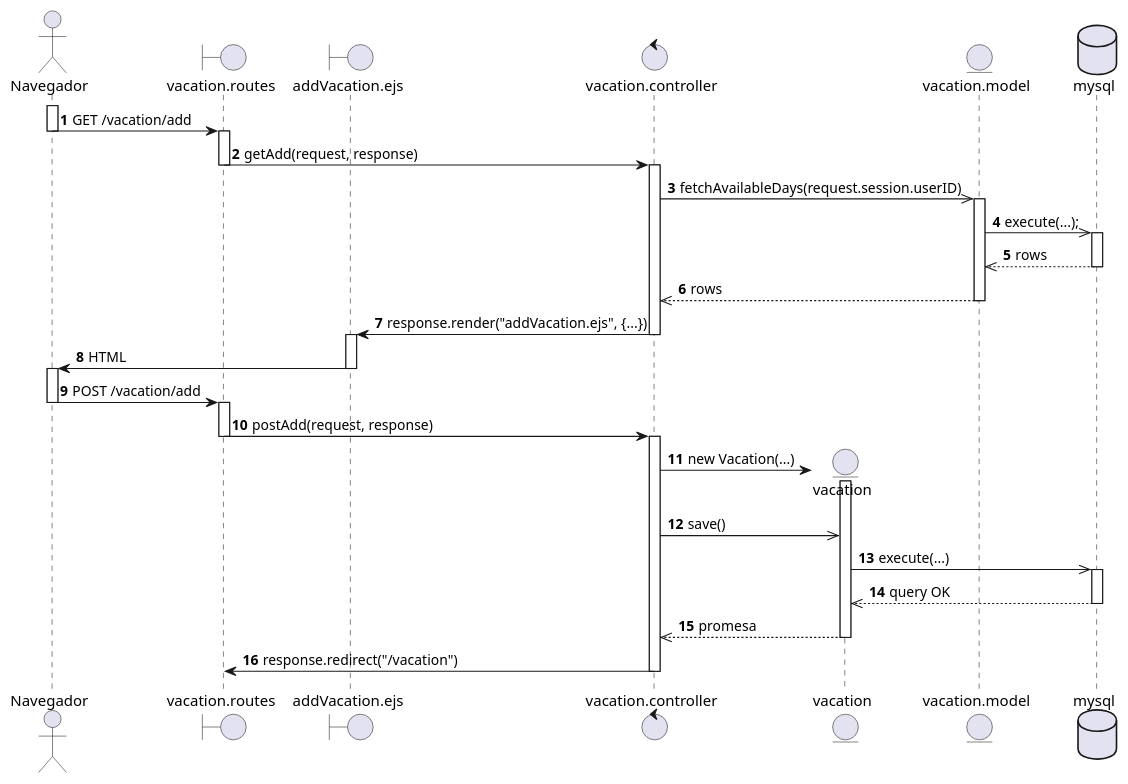
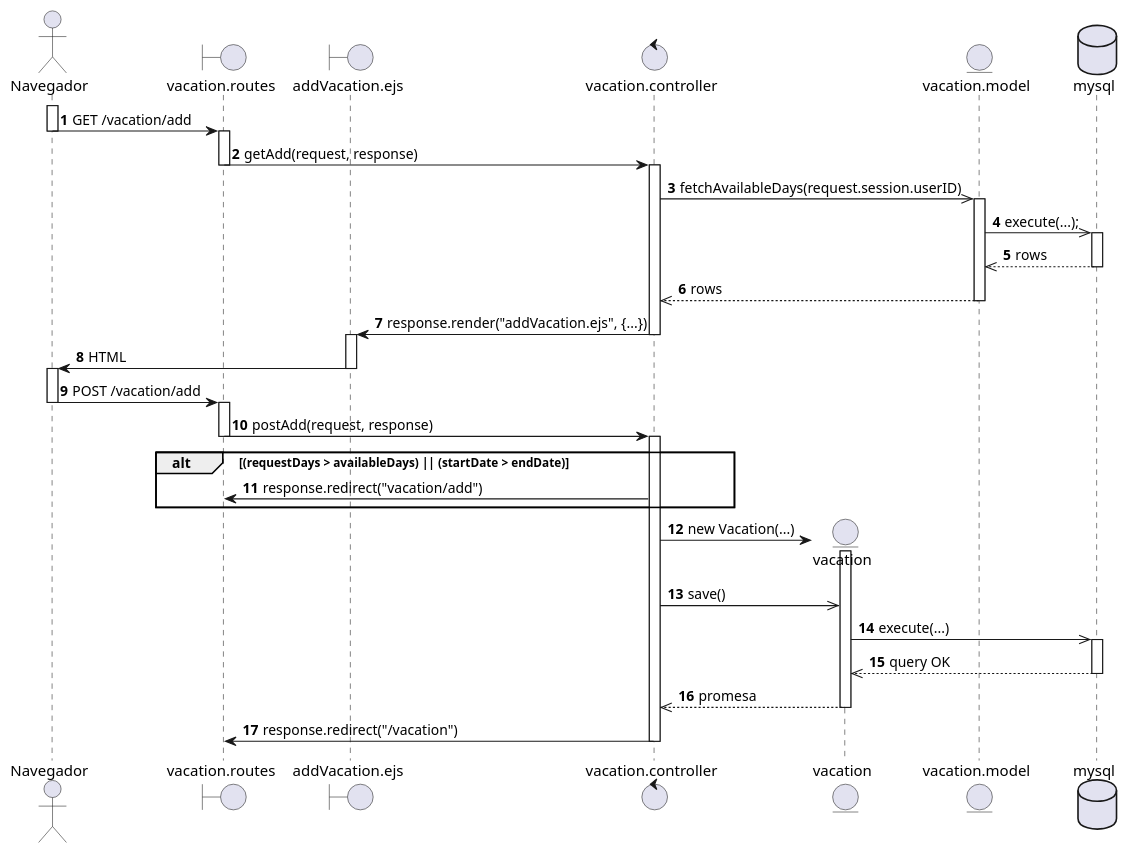
One commit to EdCanCe/WorkCells changed the diagram in diagrams/Casos de Uso/mundo req fun/Diagramas secuencia/CU13.puml. Above: the diagram before and after it, drawn with PlantUML. The commit also changed 1 other file, not shown here.

Commit message:
Update: Cambio en diagrama CU34

```diff
--- a/diagrams/Casos de Uso/mundo req fun/Diagramas secuencia/CU13.puml
+++ b/diagrams/Casos de Uso/mundo req fun/Diagramas secuencia/CU13.puml
@@ -1,64 +1,69 @@
 @startuml
 actor Navegador
 boundary "vacation.routes" as Routes
 boundary "addVacation.ejs" as Ejs
 control "vacation.controller" as Controller
 entity "vacation" as Model1
 entity "vacation.model" as Model
 database "mysql" as MySQL
 
 autonumber
 
 activate Navegador
 Navegador -> Routes : GET /vacation/add
 deactivate Navegador
 
 activate Routes
 Routes -> Controller : getAdd(request, response)
 deactivate Routes
 
 activate Controller
 
 Controller ->> Model : fetchAvailableDays(request.session.userID)
 activate Model
     Model ->> MySQL : execute(...);
     activate MySQL
         MySQL -->> Model : rows
     deactivate MySQL
     Model -->> Controller : rows
 deactivate Model
 
 Controller -> Ejs : response.render("addVacation.ejs", {...})
 deactivate Controller
 
 activate Ejs
 Ejs -> Navegador : HTML
 deactivate Ejs
 
 activate Navegador
 Navegador -> Routes : POST /vacation/add
 deactivate Navegador
 
 activate Routes
 Routes -> Controller : postAdd(request, response)
 deactivate Routes
 
 activate Controller
+
+alt (requestDays > availableDays) || (startDate > endDate)
+    Controller -> Routes : response.redirect("vacation/add")
+end
+
 create Model1
 Controller -> Model1 : new Vacation(...)
 
 activate Model1
 Controller ->> Model1 : save()
 Model1 ->> MySQL : execute(...)
 
 activate MySQL
 MySQL -->> Model1 : query OK
 deactivate MySQL
 
 Model1 -->> Controller : promesa
 deactivate Model1
 
 Controller -> Routes : response.redirect("/vacation")
 deactivate Controller
 
 @enduml
```
